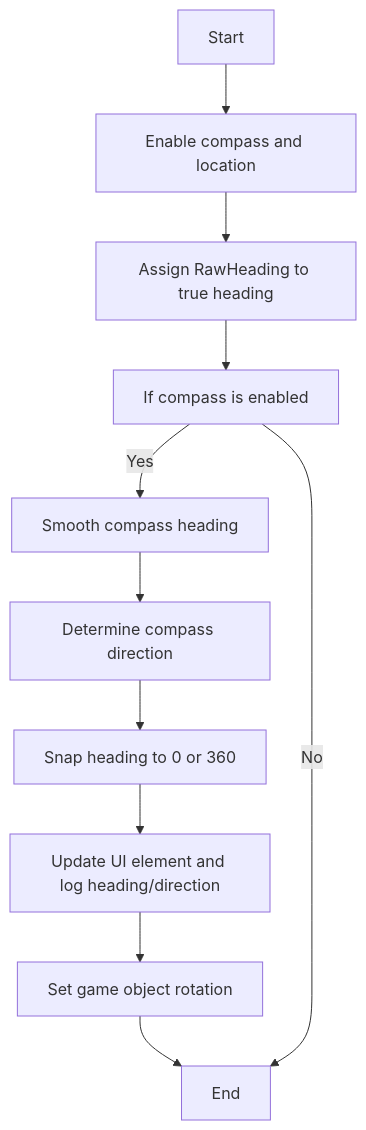
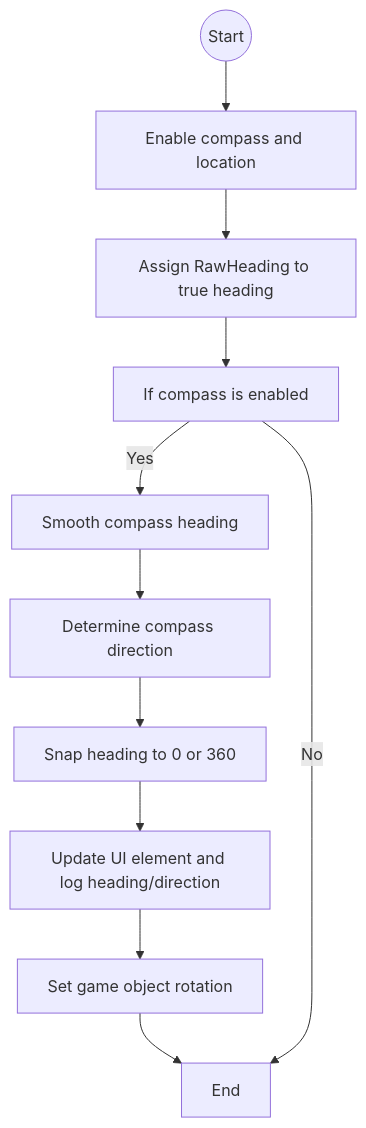
Before and after one commit to Bjornraaf/Team-1-Repository: the second of 2 diagrams in README.md, drawn with Mermaid.

````diff
--- a/README.md
+++ b/README.md
@@ -42,24 +42,24 @@
 ```mermaid
 flowchart TD;
-        Start[Start]
+        Start((Start))
         Enable[Enable compass and location]
         RawHeading[Assign RawHeading to true heading]
         ifEnabled[If compass is enabled]
         Smooth[Smooth compass heading]
         Determine[Determine compass direction]
         Snap[Snap heading to 0 or 360]
         Update[Update UI element and log heading/direction]
         Rotation[Set game object rotation]
         End[End]
 
         Start --> Enable
         Enable --> RawHeading
         RawHeading --> ifEnabled
         ifEnabled -- Yes --> Smooth
         Smooth --> Determine
         Determine --> Snap
         Snap --> Update
         Update --> Rotation
         Rotation --> End
         ifEnabled -- No --> End
 ```
````
